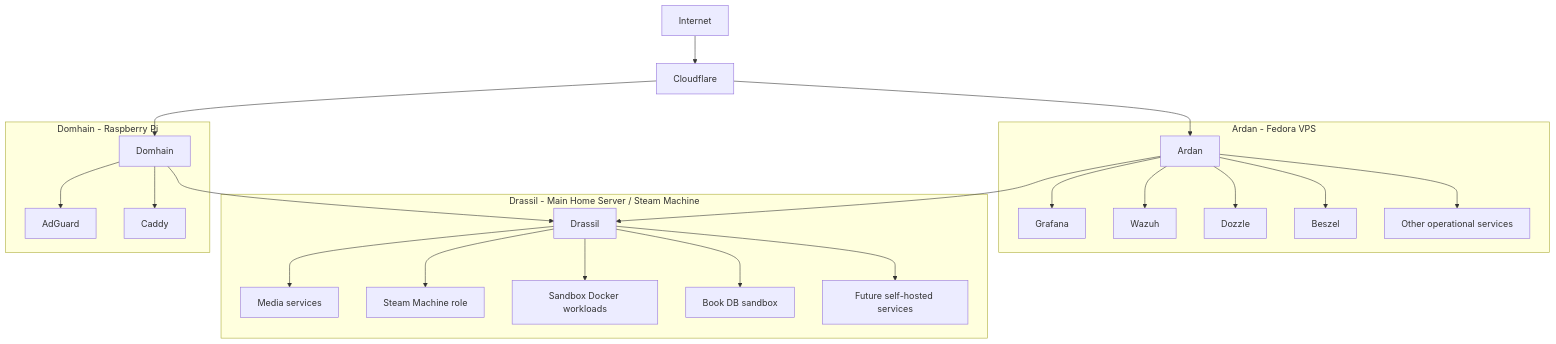
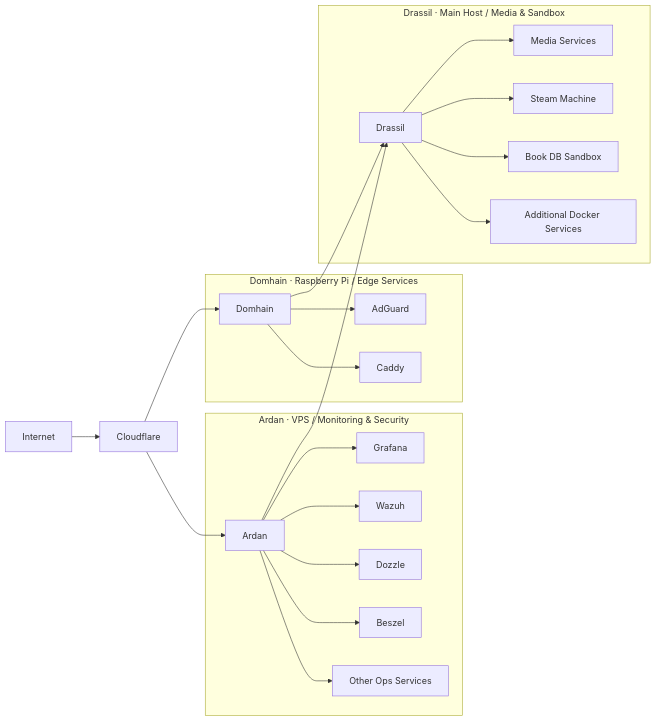
Before and after one commit to anubis619/anubis619: the diagram in README.md, drawn with Mermaid. The commit also changed other lines of this file, not shown here.

````diff
--- a/README.md
+++ b/README.md
@@ -92,34 +95,34 @@
 ```mermaid
-flowchart TD
+flowchart LR
 
 Internet --> Cloudflare
+
 Cloudflare --> Ardan
 Cloudflare --> Domhain
 
-subgraph VPS["Ardan - Fedora VPS"]
+subgraph ArdanVPS["Ardan · VPS / Monitoring & Security"]
     Ardan[Ardan]
-    Ardan --> Grafana[Grafana]
-    Ardan --> Wazuh[Wazuh]
-    Ardan --> Dozzle[Dozzle]
-    Ardan --> Beszel[Beszel]
-    Ardan --> Ops[Other operational services]
+    Ardan --> Grafana
+    Ardan --> Wazuh
+    Ardan --> Dozzle
+    Ardan --> Beszel
+    Ardan --> OtherOps[Other Ops Services]
 end
 
-subgraph Home["Drassil - Main Home Server / Steam Machine"]
-    Drassil[Drassil]
-    Drassil --> Media[Media services]
-    Drassil --> Steam[Steam Machine role]
-    Drassil --> Sandbox[Sandbox Docker workloads]
-    Drassil --> BookDB[Book DB sandbox]
-    Drassil --> Future[Future self-hosted services]
+subgraph DomhainPi["Domhain · Raspberry Pi / Edge Services"]
+    Domhain[Domhain]
+    Domhain --> AdGuard
+    Domhain --> Caddy
 end
 
-subgraph Edge["Domhain - Raspberry Pi"]
-    Domhain[Domhain]
-    Domhain --> AdGuard[AdGuard]
-    Domhain --> Caddy[Caddy]
+subgraph DrassilHost["Drassil · Main Host / Media & Sandbox"]
+    Drassil[Drassil]
+    Drassil --> MediaServer[Media Services]
+    Drassil --> SteamMachine[Steam Machine]
+    Drassil --> BookSandbox[Book DB Sandbox]
+    Drassil --> DockerSandbox[Additional Docker Services]
 end
 
+Domhain --> Drassil
 Ardan --> Drassil
-Domhain --> Drassil
 ```
````
